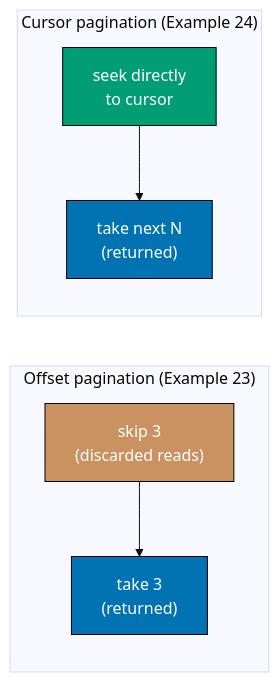
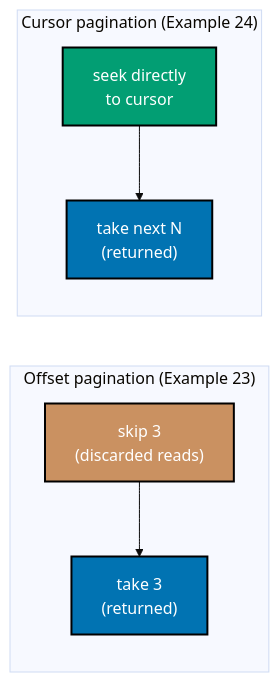
One commit to wahidyankf/open-sharia-fintech changed the sixth of 7 diagrams in apps/ayokoding-www/content/en/learn/courses/api-design/learning/beginner.md. Above: the diagram before and after it, drawn with Mermaid (base theme). The commit also changed other lines of this file and 6 other files, not shown here.

````diff
--- a/apps/ayokoding-www/content/en/learn/courses/api-design/learning/beginner.md
+++ b/apps/ayokoding-www/content/en/learn/courses/api-design/learning/beginner.md
@@ -1649,15 +1658,17 @@
 ```mermaid
 %% Color Palette: Blue #0173B2, Teal #029E73, Brown #CA9161
 graph LR
     subgraph "Offset pagination (Example 23)"
         A1["skip 3<br/>(discarded reads)"] --> A2["take 3<br/>(returned)"]
     end
     subgraph "Cursor pagination (Example 24)"
         B1["seek directly<br/>to cursor"] --> B2["take next N<br/>(returned)"]
     end
 
-    style A1 fill:#CA9161,stroke:#000,color:#fff
-    style A2 fill:#0173B2,stroke:#000,color:#fff
-    style B1 fill:#029E73,stroke:#000,color:#fff
-    style B2 fill:#0173B2,stroke:#000,color:#fff
+    classDef brown fill:#CA9161,stroke:#000000,color:#FFFFFF,stroke-width:2px
+    classDef blue fill:#0173B2,stroke:#000000,color:#FFFFFF,stroke-width:2px
+    classDef teal fill:#029E73,stroke:#000000,color:#FFFFFF,stroke-width:2px
+    class A1 brown
+    class A2,B2 blue
+    class B1 teal
 ```
````
